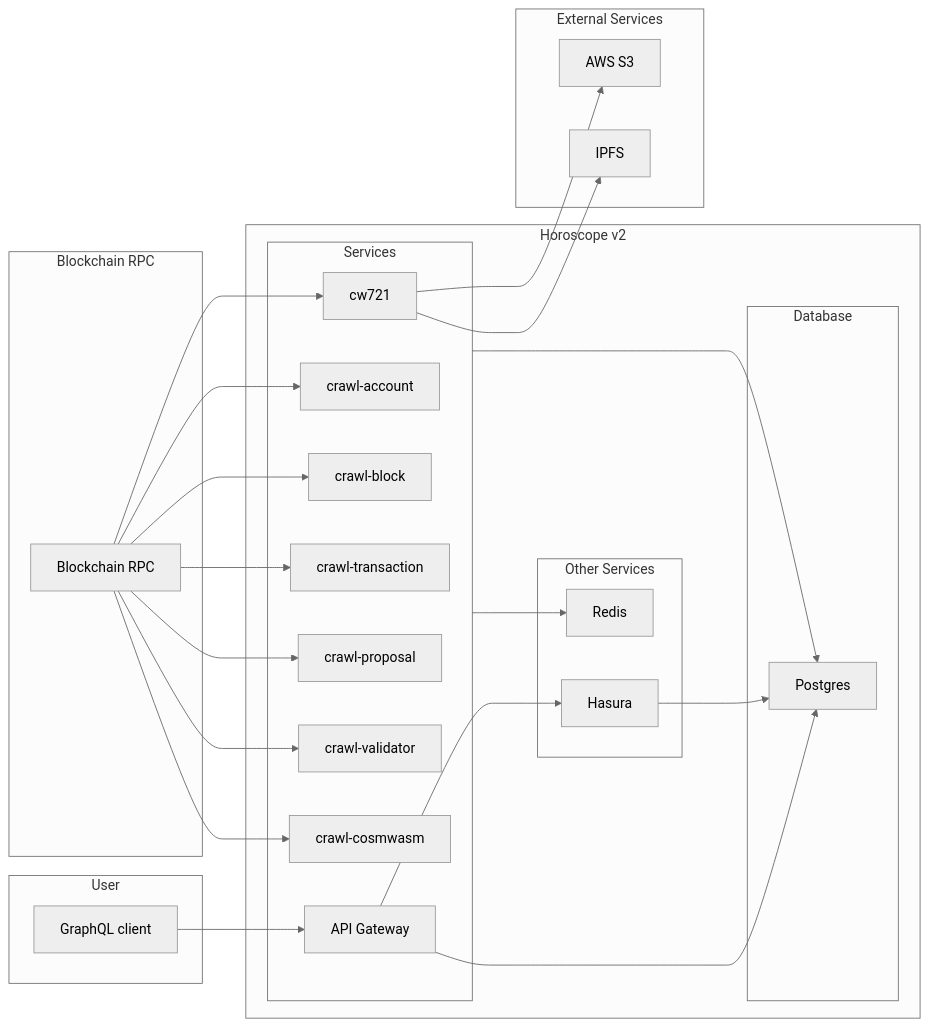
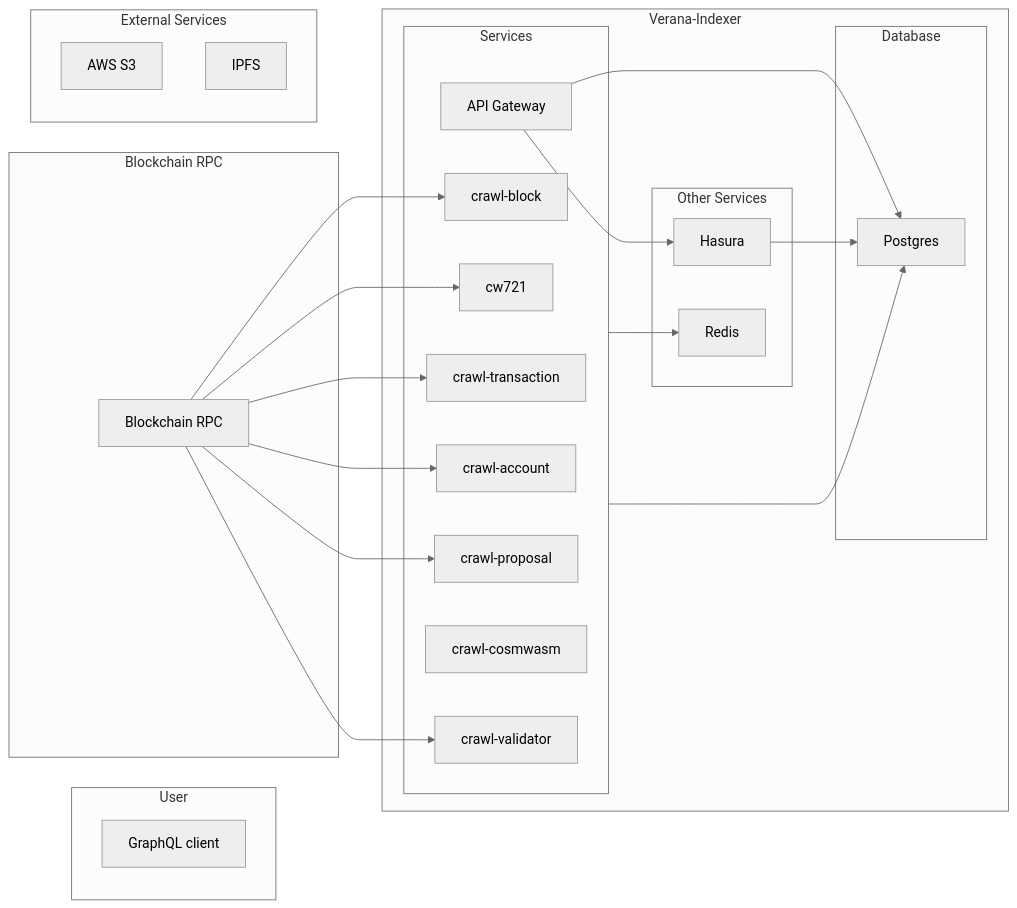
One commit to verana-labs/verana-indexer changed the diagram in README.md. Above: the diagram before and after it, drawn with Mermaid (neutral theme). The commit also changed other lines of this file and 206 other files, not shown here.

````diff
--- a/README.md
+++ b/README.md
@@ -22,58 +21,54 @@
 ```mermaid
 graph LR
 
-subgraph "Horoscope v2"
+subgraph "Verana-Indexer"
   subgraph "Services"
     api-gateway["API Gateway"]
     crawl-account["crawl-account"]
     crawl-block["crawl-block"]
     crawl-transaction["crawl-transaction"]
     crawl-proposal["crawl-proposal"]
     crawl-validator["crawl-validator"]
     crawl-cosmwasm["crawl-cosmwasm"]
     cw721["cw721"]
   end
 
   subgraph "Database"
     database["Postgres"]
   end
 
   subgraph "Other Services"
     redis["Redis"]
     hasura["Hasura"]
   end
 
   api-gateway --> database
   api-gateway --> hasura
   hasura --> database
 
   Services --> redis
   Services --> database
 end
 
 subgraph "User"
   user["GraphQL client"]
 end
 
 subgraph "Blockchain RPC"
   blockchain["Blockchain RPC"]
 end
 
 subgraph "External Services"
   s3["AWS S3"]
   ipfs["IPFS"]
 end
 
-user --> api-gateway
 
 blockchain --> crawl-block
 blockchain --> cw721
 blockchain --> crawl-transaction
 blockchain --> crawl-account
 blockchain --> crawl-proposal
 blockchain --> crawl-validator
-blockchain --> crawl-cosmwasm
 
-cw721 --> s3
-cw721 --> ipfs
 ```
````
